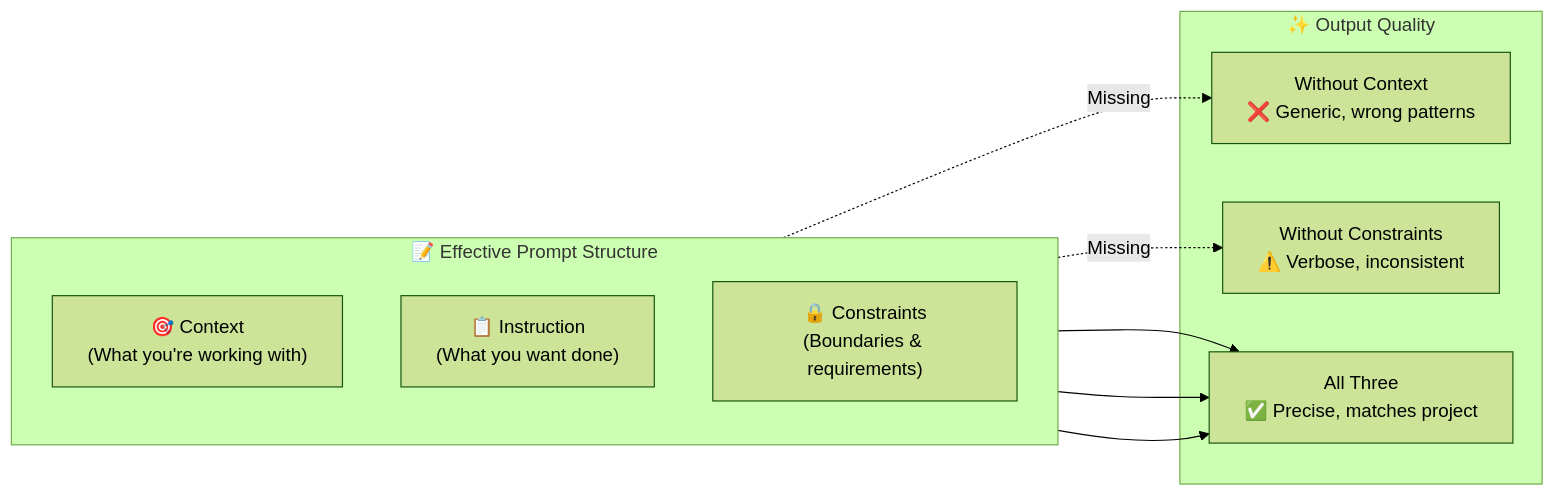
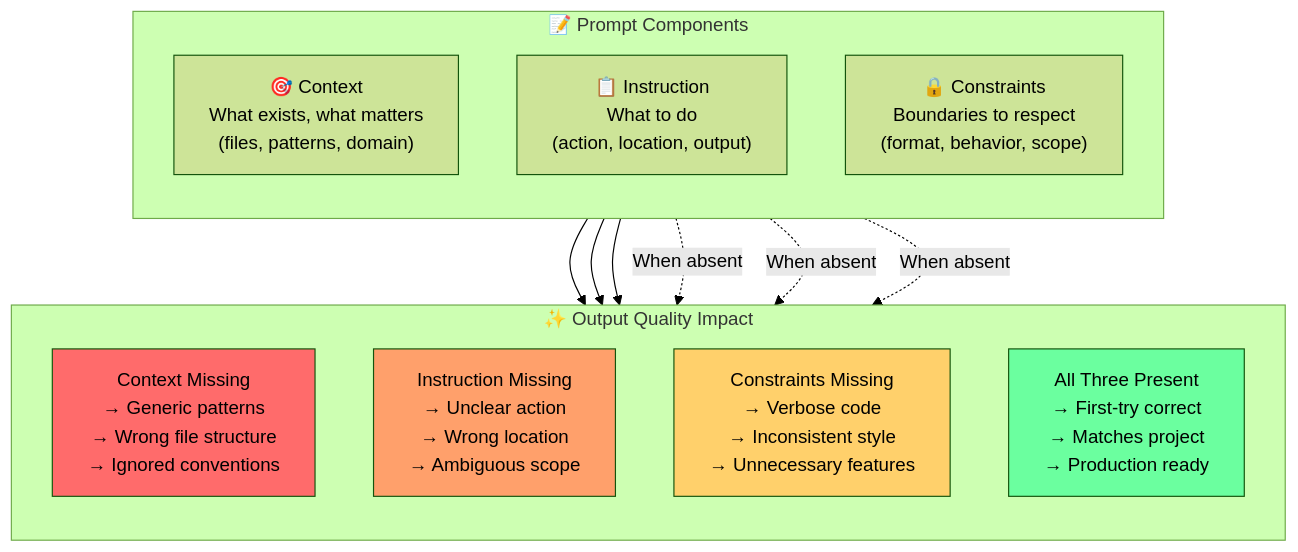
Before and after one commit to Just-Understanding-Data-Ltd/compound-engineering-book: the first of 4 diagrams in assets/diagrams/ch03-prompt-anatomy.md, drawn with Mermaid (forest theme). The commit also changed other lines of this file and 4 other files, not shown here.

First line of the commit message:
[chapter]: Complete ch03 diagrams_complete milestone (task-017)

````diff
--- a/assets/diagrams/ch03-prompt-anatomy.md
+++ b/assets/diagrams/ch03-prompt-anatomy.md
@@ -8,22 +8,30 @@
 ```mermaid
-flowchart LR
-    subgraph Prompt["📝 Effective Prompt Structure"]
+flowchart TB
+    subgraph Input["📝 Prompt Components"]
         direction TB
-        A["🎯 Context\n(What you're working with)"]
-        B["📋 Instruction\n(What you want done)"]
-        C["🔒 Constraints\n(Boundaries & requirements)"]
+        CTX["🎯 Context\nWhat exists, what matters\n(files, patterns, domain)"]
+        INST["📋 Instruction\nWhat to do\n(action, location, output)"]
+        CONST["🔒 Constraints\nBoundaries to respect\n(format, behavior, scope)"]
     end
 
-    subgraph Output["✨ Output Quality"]
-        D["Without Context\n❌ Generic, wrong patterns"]
-        E["Without Constraints\n⚠️ Verbose, inconsistent"]
-        F["All Three\n✅ Precise, matches project"]
+    subgraph Quality["✨ Output Quality Impact"]
+        direction TB
+        Q1["Context Missing\n→ Generic patterns\n→ Wrong file structure\n→ Ignored conventions"]
+        Q2["Instruction Missing\n→ Unclear action\n→ Wrong location\n→ Ambiguous scope"]
+        Q3["Constraints Missing\n→ Verbose code\n→ Inconsistent style\n→ Unnecessary features"]
+        Q4["All Three Present\n→ First-try correct\n→ Matches project\n→ Production ready"]
     end
 
-    A --> F
-    B --> F
-    C --> F
+    CTX --> Q4
+    INST --> Q4
+    CONST --> Q4
 
-    A -.->|"Missing"| D
-    C -.->|"Missing"| E
+    CTX -.->|"When absent"| Q1
+    INST -.->|"When absent"| Q2
+    CONST -.->|"When absent"| Q3
+
+    style Q4 fill:#6bff9f
+    style Q1 fill:#ff6b6b
+    style Q2 fill:#ffa06b
+    style Q3 fill:#ffd06b
 ```
````
